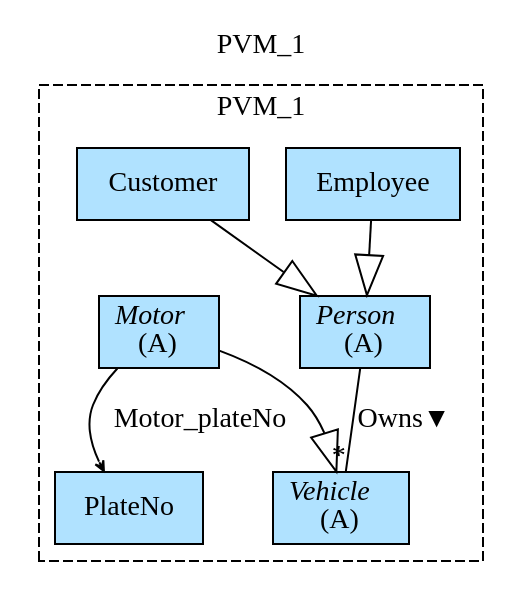
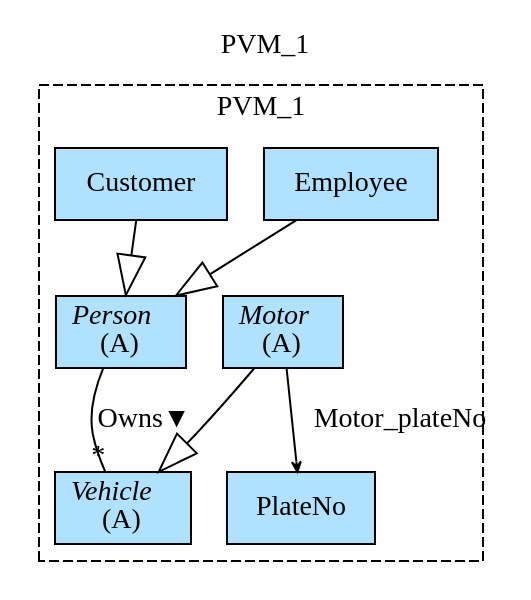
The diagram in Haskell/FragmentaTests/FrPersonVehicleMotor/img/PVM_1.gv (namalio/Fragmenta), drawn with Graphviz before and after one commit. The commit also changed other lines of this file and 109 other files, not shown here.

```diff
--- a/Haskell/FragmentaTests/FrPersonVehicleMotor/img/PVM_1.gv
+++ b/Haskell/FragmentaTests/FrPersonVehicleMotor/img/PVM_1.gv
@@ -1,17 +1,17 @@
 digraph {graph[label=PVM_1,labelloc=tl,labelfontsize=12];
 subgraph cluster_PVM_1{style=dashed;label=PVM_1;
-"PlateNo"[shape=record,fillcolor=lightskyblue1,style = filled,label="PlateNo"];
+"Person"[shape=record,fillcolor=lightskyblue1,style = filled,label=<{<I>Person</I><br/>(A)}>];
+"Vehicle"[shape=record,fillcolor=lightskyblue1,style = filled,label=<{<I>Vehicle</I><br/>(A)}>];
+"Motor"[shape=record,fillcolor=lightskyblue1,style = filled,label=<{<I>Motor</I><br/>(A)}>];
 "Employee"[shape=record,fillcolor=lightskyblue1,style = filled,label="Employee"];
 "Customer"[shape=record,fillcolor=lightskyblue1,style = filled,label="Customer"];
-"Person"[shape=record,fillcolor=lightskyblue1,style = filled,label=<{<I>Person</I><br/>(A)}>];
-"Motor"[shape=record,fillcolor=lightskyblue1,style = filled,label=<{<I>Motor</I><br/>(A)}>];
-"Vehicle"[shape=record,fillcolor=lightskyblue1,style = filled,label=<{<I>Vehicle</I><br/>(A)}>];
+"PlateNo"[shape=record,fillcolor=lightskyblue1,style = filled,label="PlateNo"];
 
 "Person"->"Vehicle"[label="Owns▼",dir=none,taillabel="",headlabel="*"];
 "Motor"->"PlateNo"[label="Motor_plateNo",arrowhead=vee,headlabel="",arrowsize=.5];
 "Employee"->"Person"[arrowhead=onormal,arrowsize=2.0];
 "Customer"->"Person"[arrowhead=onormal,arrowsize=2.0];
 "Motor"->"Vehicle"[arrowhead=onormal,arrowsize=2.0];
 
 }
 }
```
